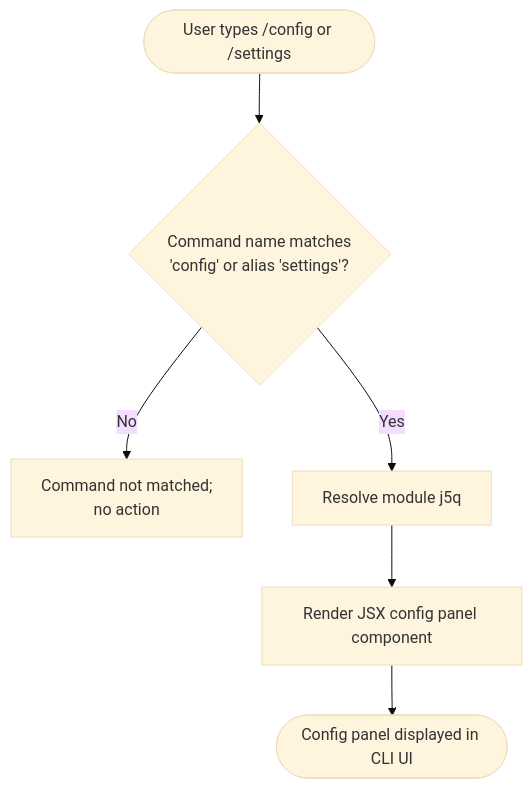
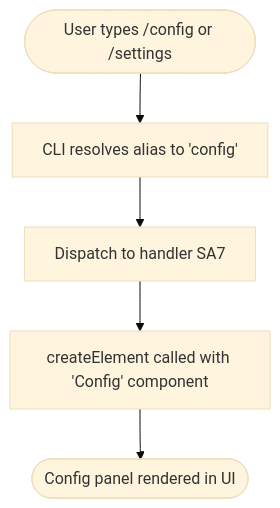
One commit to MyLittleLuckyDog/cc-gnothi changed the diagram in versions/v2.1.144/config.md. Above: the diagram before and after it, drawn with Mermaid (base theme). The commit also changed other lines of this file and 483 other files, not shown here.

````diff
--- a/versions/v2.1.144/config.md
+++ b/versions/v2.1.144/config.md
@@ -46,8 +61,7 @@
 ```mermaid
 flowchart TD
-    A([User types /config or /settings]) --> B{Command name matches\n'config' or alias 'settings'?}
-    B -- No --> C[Command not matched;\nno action]
-    B -- Yes --> D[Resolve module j5q]
-    D --> E[Render JSX config panel component]
-    E --> F([Config panel displayed in CLI UI])
+    A([User types /config or /settings]) --> B[CLI resolves alias to 'config']
+    B --> C[Dispatch to handler SA7]
+    C --> D[createElement called with 'Config' component]
+    D --> E([Config panel rendered in UI])
 ```
````
